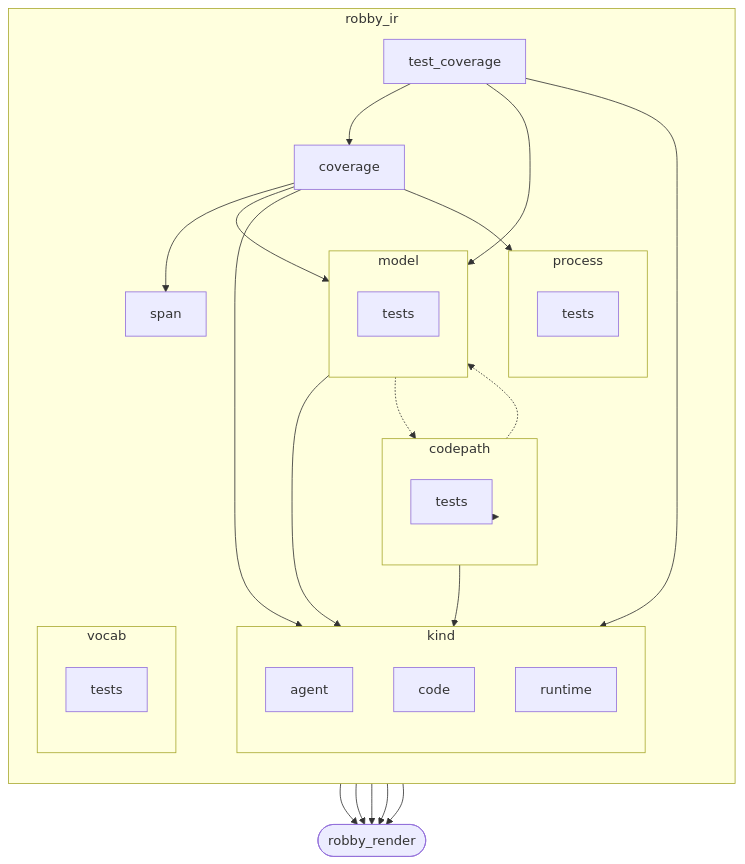
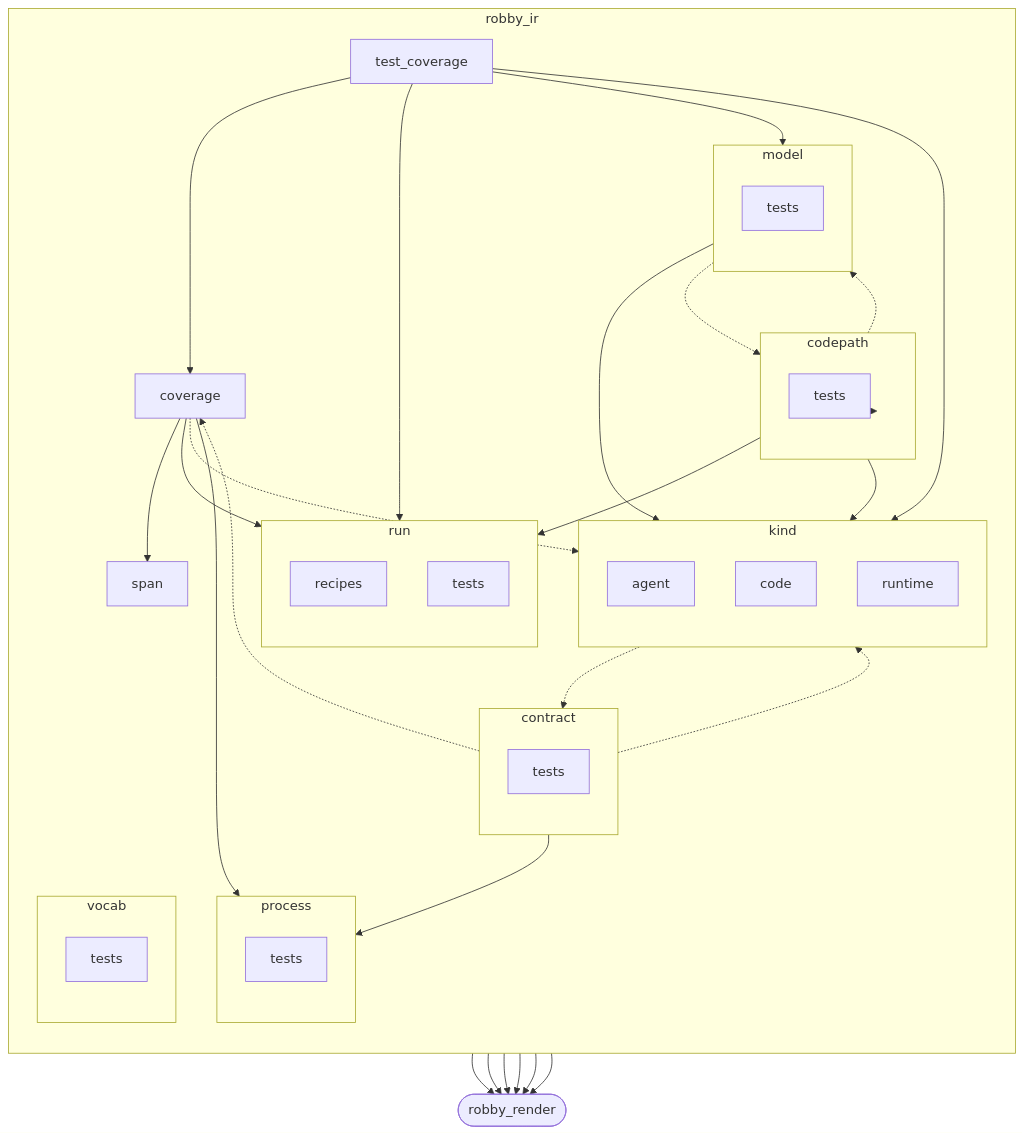
The first of 2 diagrams in docs/self-model/robby_ir/index.md (RyanGuild/self-describing-code), drawn with Mermaid before and after one commit. The commit also changed other lines of this file and 413 other files, not shown here.

````diff
--- a/docs/self-model/robby_ir/index.md
+++ b/docs/self-model/robby_ir/index.md
@@ -13,49 +13,65 @@
 ```mermaid
 flowchart TB
     subgraph n_356bf2c23da68961["robby_ir"]
         direction TB
         subgraph n_c28bfd08cdfce4bf["codepath"]
             direction TB
             n_80d65b5ca6c1ad28["tests"]
+        end
+        subgraph n_6c585ca85c30235f["contract"]
+            direction TB
+            n_f7bcc3c389d98b48["tests"]
         end
         n_965af55f4081b03f["coverage"]
         subgraph n_611ba0cee1ac191f["kind"]
             direction TB
             n_ec6c960723ad9504["agent"]
             n_78c8f62748bb21ee["code"]
             n_9bd6a0786f266df1["runtime"]
         end
         subgraph n_48c15551e2e91996["model"]
             direction TB
             n_7a7533aa2a3d72ab["tests"]
         end
         subgraph n_f5e61214f719e7ae["process"]
             direction TB
             n_ff7a0f92d7ba8793["tests"]
         end
+        subgraph n_2296d5d51a43a6ae["run"]
+            direction TB
+            n_f31bf83055f6c119["recipes"]
+            n_8f0848a0981eec93["tests"]
+        end
         n_9053aa1513b08ea5["span"]
         n_46b0c6f667b1fb40["test_coverage"]
         subgraph n_3ab04153eeb89900["vocab"]
             direction TB
             n_f036ac7d2543ad31["tests"]
         end
     end
     n_9c636b098ca4450e(["robby_render"])
+    n_46b0c6f667b1fb40 --> n_2296d5d51a43a6ae
     n_46b0c6f667b1fb40 --> n_48c15551e2e91996
     n_46b0c6f667b1fb40 --> n_611ba0cee1ac191f
     n_46b0c6f667b1fb40 --> n_965af55f4081b03f
     n_46b0c6f667b1fb40 --> n_9c636b098ca4450e
     n_48c15551e2e91996 --> n_611ba0cee1ac191f
     n_48c15551e2e91996 --> n_9c636b098ca4450e
     n_48c15551e2e91996 -.-> n_c28bfd08cdfce4bf
-    n_965af55f4081b03f --> n_48c15551e2e91996
-    n_965af55f4081b03f --> n_611ba0cee1ac191f
+    n_611ba0cee1ac191f -.-> n_6c585ca85c30235f
+    n_6c585ca85c30235f -.-> n_611ba0cee1ac191f
+    n_6c585ca85c30235f -.-> n_965af55f4081b03f
+    n_6c585ca85c30235f --> n_9c636b098ca4450e
+    n_6c585ca85c30235f --> n_f5e61214f719e7ae
+    n_965af55f4081b03f --> n_2296d5d51a43a6ae
+    n_965af55f4081b03f -.-> n_611ba0cee1ac191f
     n_965af55f4081b03f --> n_9053aa1513b08ea5
     n_965af55f4081b03f --> n_9c636b098ca4450e
     n_965af55f4081b03f --> n_f5e61214f719e7ae
+    n_c28bfd08cdfce4bf --> n_2296d5d51a43a6ae
     n_c28bfd08cdfce4bf -.-> n_48c15551e2e91996
     n_c28bfd08cdfce4bf --> n_611ba0cee1ac191f
     n_c28bfd08cdfce4bf --> n_80d65b5ca6c1ad28
     n_c28bfd08cdfce4bf --> n_9c636b098ca4450e
     n_f5e61214f719e7ae --> n_9c636b098ca4450e
 ```
````
